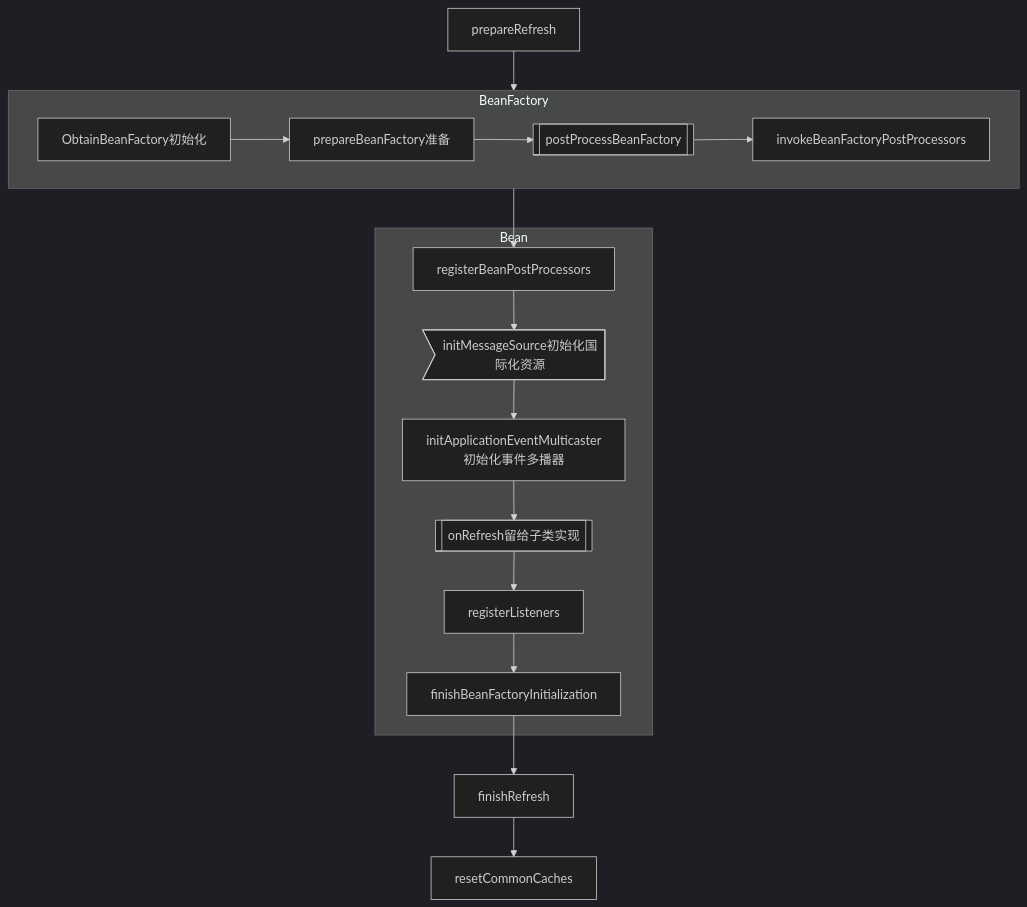
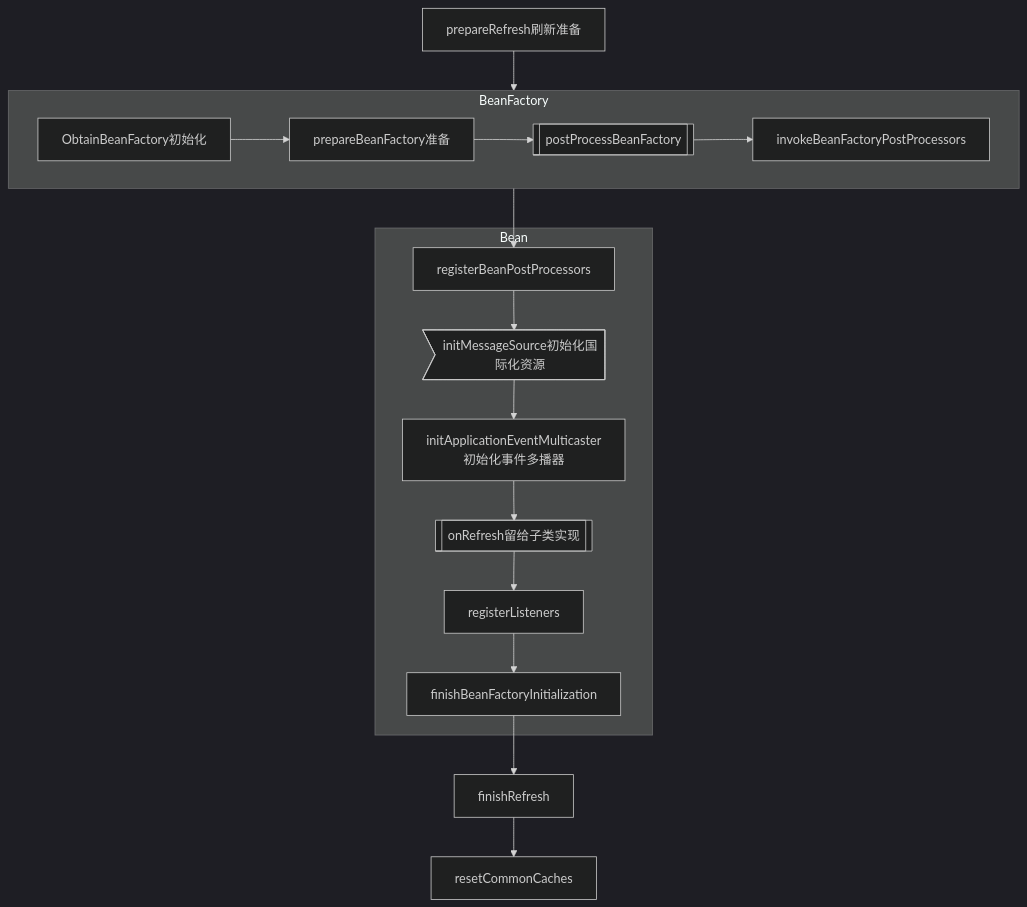
The seventh of 9 diagrams in Java/mashibing/学习笔记-Spring-Gem.md (namelessmyth/beFreeCoder), drawn with Mermaid (dark theme) before and after one commit. The commit also changed other lines of this file and 11 other files, not shown here.

````diff
--- a/Java/mashibing/学习笔记-Spring-Gem.md
+++ b/Java/mashibing/学习笔记-Spring-Gem.md
@@ -605,15 +605,15 @@
 ```mermaid
 flowchart TB
-prepareRefresh-->bf1
+prepareRefresh[prepareRefresh刷新准备]-->bf1
 
 subgraph BeanFactory
 direction LR
 bf1[ObtainBeanFactory初始化]-->bf2[prepareBeanFactory准备]-->bf3[[postProcessBeanFactory]]-->bf4[invokeBeanFactoryPostProcessors]
 end
 
 subgraph Bean
 bf4-->bean1[registerBeanPostProcessors]-->message>initMessageSource初始化国际化资源]-->app[initApplicationEventMulticaster初始化事件多播器]-->onrefresh[[onRefresh留给子类实现]]-->regListen[registerListeners]-->finishBeanFactoryInitialization
 end
 
 finishBeanFactoryInitialization-->finishRefresh-->reset[resetCommonCaches]
 ```
````
